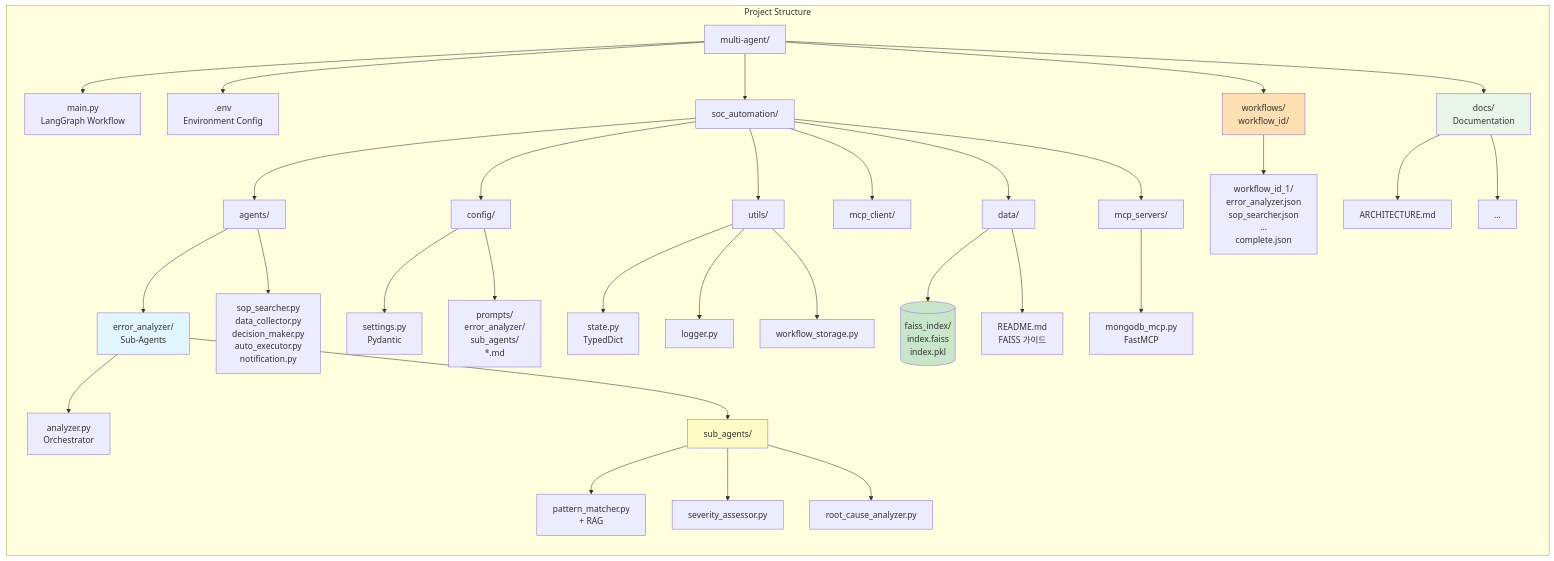
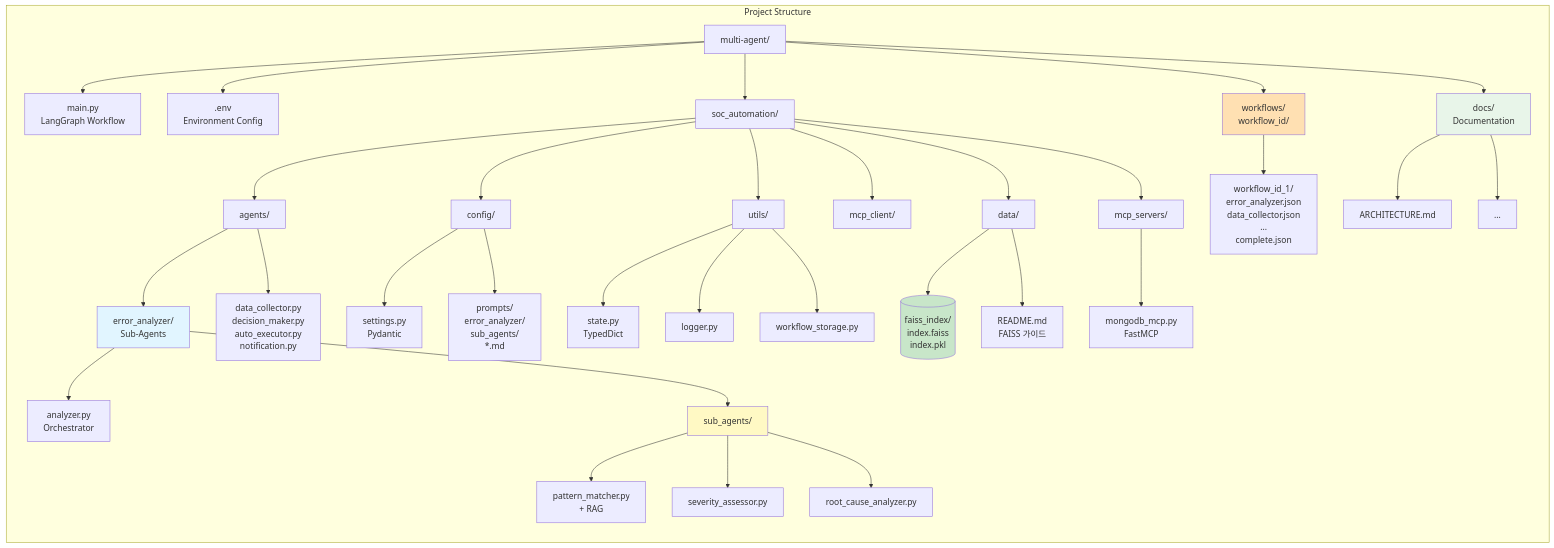
Before and after one commit to rikeey98/multi-agent: the third of 4 diagrams in docs/ARCHITECTURE.md, drawn with Mermaid. The commit also changed other lines of this file and 1 other file, not shown here.

First line of the commit message:
Add comprehensive system architecture documentation

````diff
--- a/docs/ARCHITECTURE.md
+++ b/docs/ARCHITECTURE.md
@@ -211,51 +202,51 @@
 ```mermaid
 graph LR
     subgraph "Project Structure"
         Root[multi-agent/]
 
         Root --> Main[main.py<br/>LangGraph Workflow]
         Root --> Env[.env<br/>Environment Config]
         Root --> SOC[soc_automation/]
         Root --> Workflows[workflows/<br/>workflow_id/]
         Root --> Docs[docs/<br/>Documentation]
 
         SOC --> Agents[agents/]
         SOC --> Config[config/]
         SOC --> Utils[utils/]
         SOC --> MCP[mcp_client/]
         SOC --> Data[data/]
         SOC --> MCPS[mcp_servers/]
 
         Agents --> EA[error_analyzer/<br/>Sub-Agents]
-        Agents --> Other[sop_searcher.py<br/>data_collector.py<br/>decision_maker.py<br/>auto_executor.py<br/>notification.py]
+        Agents --> Other[data_collector.py<br/>decision_maker.py<br/>auto_executor.py<br/>notification.py]
 
         EA --> Analyzer[analyzer.py<br/>Orchestrator]
         EA --> SubAgents[sub_agents/]
         SubAgents --> PM[pattern_matcher.py<br/>+ RAG]
         SubAgents --> SA[severity_assessor.py]
         SubAgents --> RCA[root_cause_analyzer.py]
 
         Config --> Settings[settings.py<br/>Pydantic]
         Config --> Prompts[prompts/<br/>error_analyzer/<br/>sub_agents/<br/>*.md]
 
         Utils --> State[state.py<br/>TypedDict]
         Utils --> Logger[logger.py]
         Utils --> Storage[workflow_storage.py]
 
         Data --> FAISS[(faiss_index/<br/>index.faiss<br/>index.pkl)]
         Data --> DataREADME[README.md<br/>FAISS 가이드]
 
         MCPS --> MongoDB[mongodb_mcp.py<br/>FastMCP]
 
-        Workflows --> WF1[workflow_id_1/<br/>error_analyzer.json<br/>sop_searcher.json<br/>...<br/>complete.json]
+        Workflows --> WF1[workflow_id_1/<br/>error_analyzer.json<br/>data_collector.json<br/>...<br/>complete.json]
 
         Docs --> ArchDoc[ARCHITECTURE.md]
         Docs --> OtherDocs[...]
     end
 
     style EA fill:#e1f5ff
     style SubAgents fill:#fff9c4
     style FAISS fill:#c8e6c9
     style Workflows fill:#ffe0b2
     style Docs fill:#e8f5e9
 ```
````
